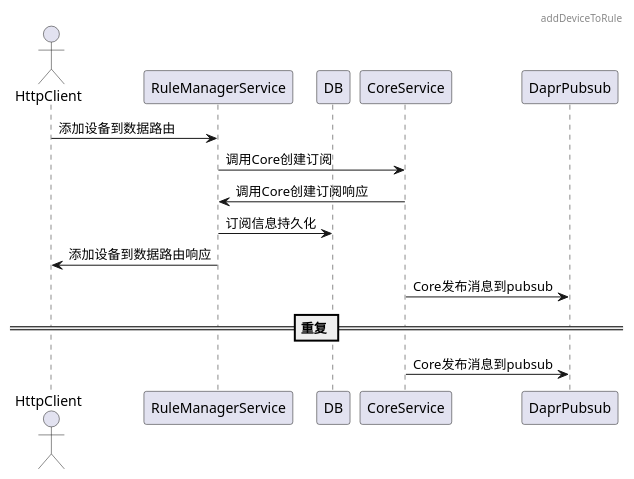
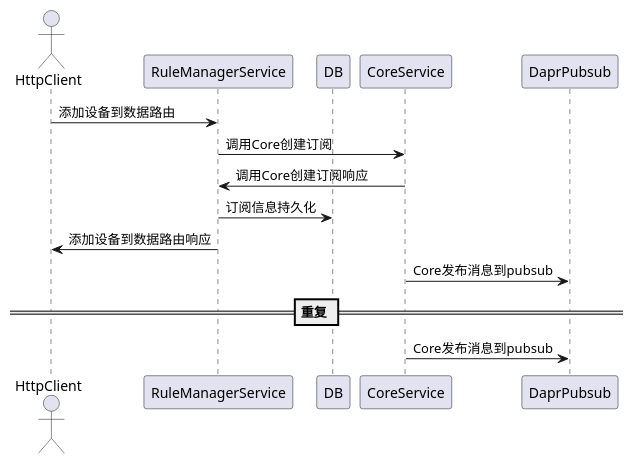
One commit to tkeel-io/docs changed the seventh of 8 diagrams in docs/api/appendix/plantuml/rule_manager.md. Above: the diagram before and after it, drawn with PlantUML. The commit also changed other lines of this file and 2 other files, not shown here.

````diff
--- a/docs/api/appendix/plantuml/rule_manager.md
+++ b/docs/api/appendix/plantuml/rule_manager.md
@@ -109,21 +97,19 @@
 ```plantuml
 @startuml
-header addDeviceToRule
-
 actor HttpClient
 participant RuleManagerService
 participant DB
 participant CoreService
 participant DaprPubsub
 
 HttpClient->RuleManagerService:添加设备到数据路由
 RuleManagerService->CoreService:调用Core创建订阅
 RuleManagerService<-CoreService:调用Core创建订阅响应
 RuleManagerService->DB:订阅信息持久化
 HttpClient<-RuleManagerService:添加设备到数据路由响应
 
 CoreService->DaprPubsub:Core发布消息到pubsub
 == 重复 ==
 CoreService->DaprPubsub:Core发布消息到pubsub
 @enduml
 ```
````
